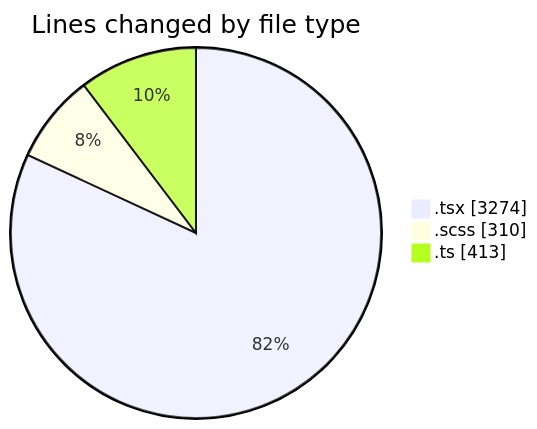
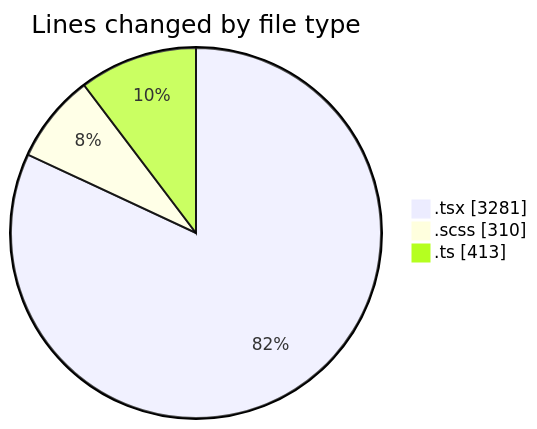
Before and after one commit to momahboobian/code-tracking: the first of 2 diagrams in 2026-05-01/cda/README.md, drawn with Mermaid. The commit also changed other lines of this file and 1 other file, not shown here.

````diff
--- a/2026-05-01/cda/README.md
+++ b/2026-05-01/cda/README.md
@@ -62,7 +62,7 @@
 ```mermaid
 pie showData
 title Lines changed by file type
-".tsx" : 3274
+".tsx" : 3281
 ".scss" : 310
 ".ts" : 413
 ```
````
